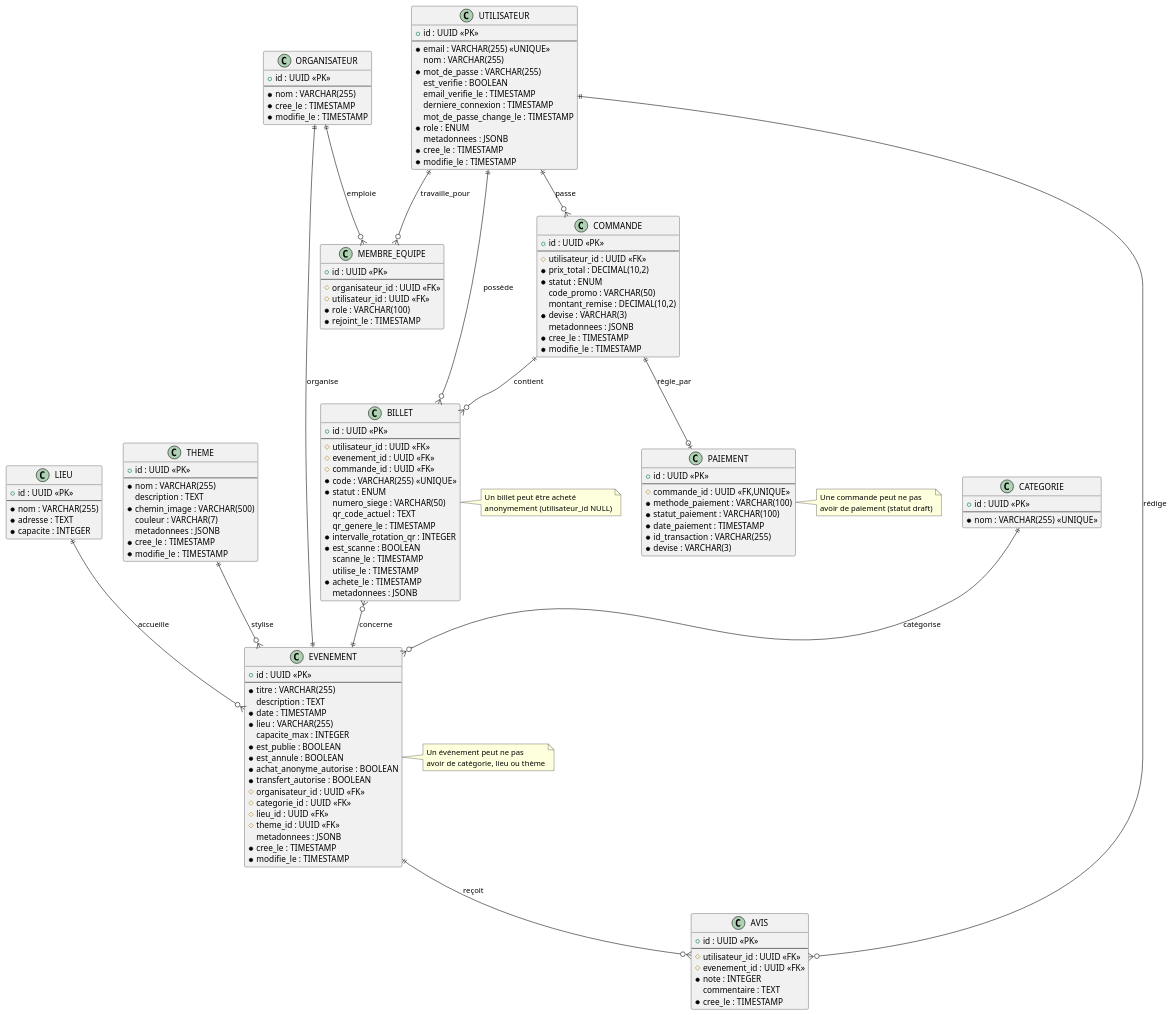
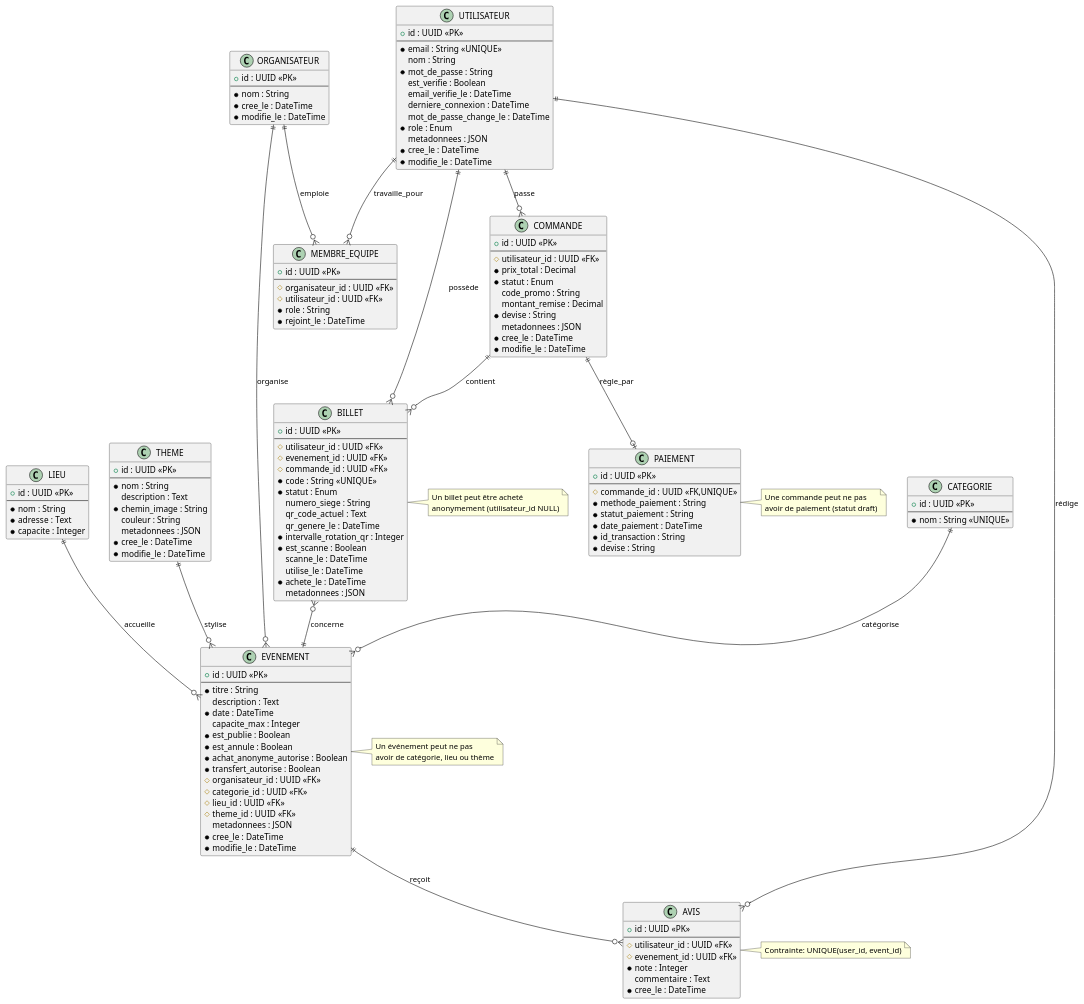
The diagram in diagrams/merise/mld-billetterie.puml (CorentinCoulet/M-C-Billetterie), drawn with PlantUML before and after one commit. The commit also changed 16 other files, not shown here.

Commit message:
épurage des diagrammes et cahier des charges, amélioration de quelques éléments UX et fonctionnels

```diff
--- a/diagrams/merise/mld-billetterie.puml
+++ b/diagrams/merise/mld-billetterie.puml
@@ -1,157 +1,158 @@
 @startuml MLD-Billetterie
 
 class UTILISATEUR {
     + id : UUID <<PK>>
     --
-    * email : VARCHAR(255) <<UNIQUE>>
-    nom : VARCHAR(255)
-    * mot_de_passe : VARCHAR(255)
-    est_verifie : BOOLEAN
-    email_verifie_le : TIMESTAMP
-    derniere_connexion : TIMESTAMP
-    mot_de_passe_change_le : TIMESTAMP
-    * role : ENUM
-    metadonnees : JSONB
-    * cree_le : TIMESTAMP
-    * modifie_le : TIMESTAMP
+    * email : String <<UNIQUE>>
+    nom : String
+    * mot_de_passe : String
+    est_verifie : Boolean
+    email_verifie_le : DateTime
+    derniere_connexion : DateTime
+    mot_de_passe_change_le : DateTime
+    * role : Enum
+    metadonnees : JSON
+    * cree_le : DateTime
+    * modifie_le : DateTime
 }
 
 class ORGANISATEUR {
     + id : UUID <<PK>>
     --
-    * nom : VARCHAR(255)
-    * cree_le : TIMESTAMP
-    * modifie_le : TIMESTAMP
+    * nom : String
+    * cree_le : DateTime
+    * modifie_le : DateTime
 }
 
 class EVENEMENT {
     + id : UUID <<PK>>
     --
-    * titre : VARCHAR(255)
-    description : TEXT
-    * date : TIMESTAMP
-    * lieu : VARCHAR(255)
-    capacite_max : INTEGER
-    * est_publie : BOOLEAN
-    * est_annule : BOOLEAN
-    * achat_anonyme_autorise : BOOLEAN
-    * transfert_autorise : BOOLEAN
+    * titre : String
+    description : Text
+    * date : DateTime
+    ' lieu text retiré au profit de la FK lieu_id
+    capacite_max : Integer
+    * est_publie : Boolean
+    * est_annule : Boolean
+    * achat_anonyme_autorise : Boolean
+    * transfert_autorise : Boolean
     # organisateur_id : UUID <<FK>>
     # categorie_id : UUID <<FK>>
     # lieu_id : UUID <<FK>>
     # theme_id : UUID <<FK>>
-    metadonnees : JSONB
-    * cree_le : TIMESTAMP
-    * modifie_le : TIMESTAMP
+    metadonnees : JSON
+    * cree_le : DateTime
+    * modifie_le : DateTime
 }
 
 class COMMANDE {
     + id : UUID <<PK>>
     --
     # utilisateur_id : UUID <<FK>>
-    * prix_total : DECIMAL(10,2)
-    * statut : ENUM
-    code_promo : VARCHAR(50)
-    montant_remise : DECIMAL(10,2)
-    * devise : VARCHAR(3)
-    metadonnees : JSONB
-    * cree_le : TIMESTAMP
-    * modifie_le : TIMESTAMP
+    * prix_total : Decimal
+    * statut : Enum
+    code_promo : String
+    montant_remise : Decimal
+    * devise : String
+    metadonnees : JSON
+    * cree_le : DateTime
+    * modifie_le : DateTime
 }
 
 class BILLET {
     + id : UUID <<PK>>
     --
     # utilisateur_id : UUID <<FK>>
     # evenement_id : UUID <<FK>>
     # commande_id : UUID <<FK>>
-    * code : VARCHAR(255) <<UNIQUE>>
-    * statut : ENUM
-    numero_siege : VARCHAR(50)
-    qr_code_actuel : TEXT
-    qr_genere_le : TIMESTAMP
-    * intervalle_rotation_qr : INTEGER
-    * est_scanne : BOOLEAN
-    scanne_le : TIMESTAMP
-    utilise_le : TIMESTAMP
-    * achete_le : TIMESTAMP
-    metadonnees : JSONB
+    * code : String <<UNIQUE>>
+    * statut : Enum
+    numero_siege : String
+    qr_code_actuel : Text
+    qr_genere_le : DateTime
+    * intervalle_rotation_qr : Integer
+    * est_scanne : Boolean
+    scanne_le : DateTime
+    utilise_le : DateTime
+    * achete_le : DateTime
+    metadonnees : JSON
 }
 
 class PAIEMENT {
     + id : UUID <<PK>>
     --
     # commande_id : UUID <<FK,UNIQUE>>
-    * methode_paiement : VARCHAR(100)
-    * statut_paiement : VARCHAR(100)
-    * date_paiement : TIMESTAMP
-    * id_transaction : VARCHAR(255)
-    * devise : VARCHAR(3)
+    * methode_paiement : String
+    * statut_paiement : String
+    * date_paiement : DateTime
+    * id_transaction : String
+    * devise : String
 }
 
 class CATEGORIE {
     + id : UUID <<PK>>
     --
-    * nom : VARCHAR(255) <<UNIQUE>>
+    * nom : String <<UNIQUE>>
 }
 
 class LIEU {
     + id : UUID <<PK>>
     --
-    * nom : VARCHAR(255)
-    * adresse : TEXT
-    * capacite : INTEGER
+    * nom : String
+    * adresse : Text
+    * capacite : Integer
 }
 
 class AVIS {
     + id : UUID <<PK>>
     --
     # utilisateur_id : UUID <<FK>>
     # evenement_id : UUID <<FK>>
-    * note : INTEGER
-    commentaire : TEXT
-    * cree_le : TIMESTAMP
+    * note : Integer
+    commentaire : Text
+    * cree_le : DateTime
 }
 
 class THEME {
     + id : UUID <<PK>>
     --
-    * nom : VARCHAR(255)
-    description : TEXT
-    * chemin_image : VARCHAR(500)
-    couleur : VARCHAR(7)
-    metadonnees : JSONB
-    * cree_le : TIMESTAMP
-    * modifie_le : TIMESTAMP
+    * nom : String
+    description : Text
+    * chemin_image : String
+    couleur : String
+    metadonnees : JSON
+    * cree_le : DateTime
+    * modifie_le : DateTime
 }
 
 class MEMBRE_EQUIPE {
     + id : UUID <<PK>>
     --
     # organisateur_id : UUID <<FK>>
     # utilisateur_id : UUID <<FK>>
-    * role : VARCHAR(100)
-    * rejoint_le : TIMESTAMP
+    * role : String
+    * rejoint_le : DateTime
 }
 
 ' Relations avec cardinalités
 UTILISATEUR ||--o{ COMMANDE : "passe"
 COMMANDE ||--o{ BILLET : "contient"
 BILLET }o--|| EVENEMENT : "concerne"
 UTILISATEUR ||--o{ BILLET : "possède"
-ORGANISATEUR ||--|| EVENEMENT : "organise"
+ORGANISATEUR ||--o{ EVENEMENT : "organise"
 CATEGORIE ||--o{ EVENEMENT : "catégorise"
 LIEU ||--o{ EVENEMENT : "accueille"
 UTILISATEUR ||--o{ AVIS : "rédige"
 EVENEMENT ||--o{ AVIS : "reçoit"
 THEME ||--o{ EVENEMENT : "stylise"
 ORGANISATEUR ||--o{ MEMBRE_EQUIPE : "emploie"
 UTILISATEUR ||--o{ MEMBRE_EQUIPE : "travaille_pour"
 COMMANDE ||--o| PAIEMENT : "règle_par"
 
 ' Notes sur les cardinalités
 note right of BILLET : Un billet peut être acheté\nanonymement (utilisateur_id NULL)
+note right of AVIS : Contrainte: UNIQUE(user_id, event_id)
 note right of EVENEMENT : Un événement peut ne pas\navoir de catégorie, lieu ou thème
 note right of PAIEMENT : Une commande peut ne pas\navoir de paiement (statut draft)
 
 @enduml
```
